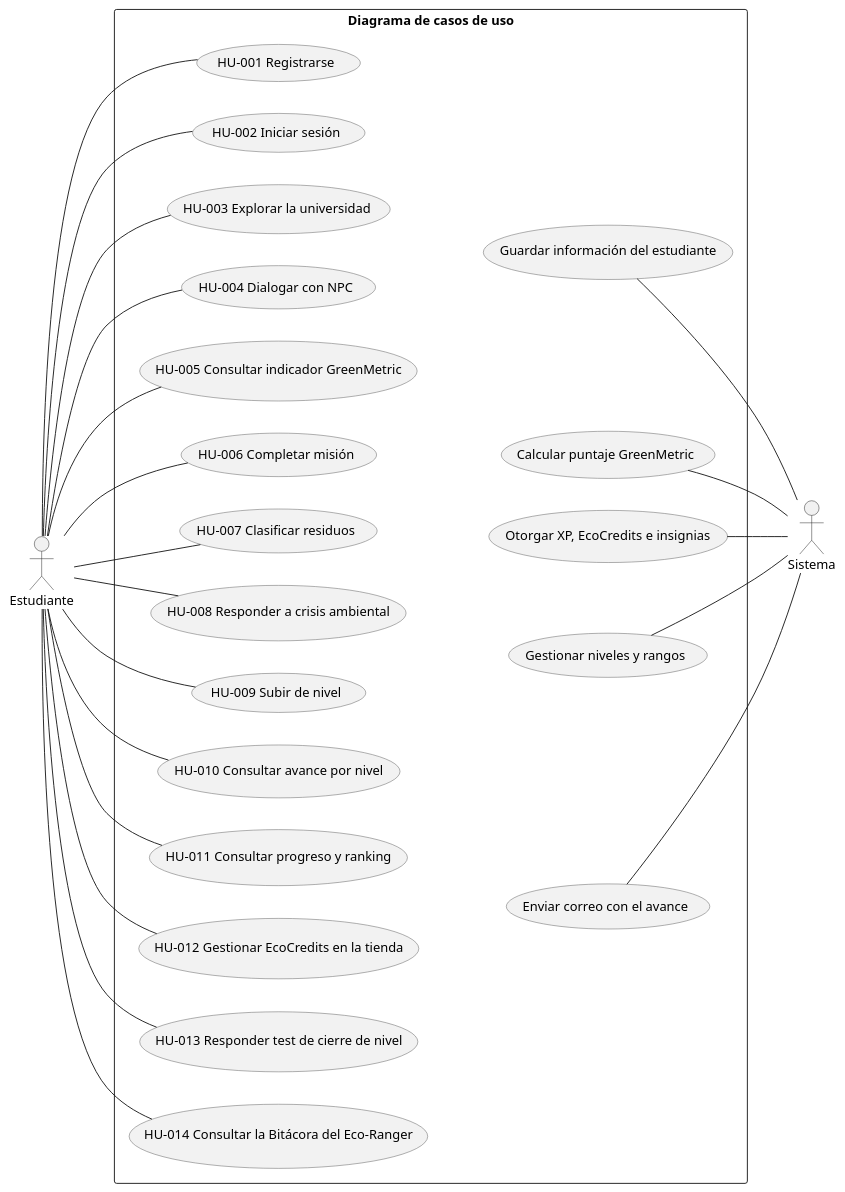
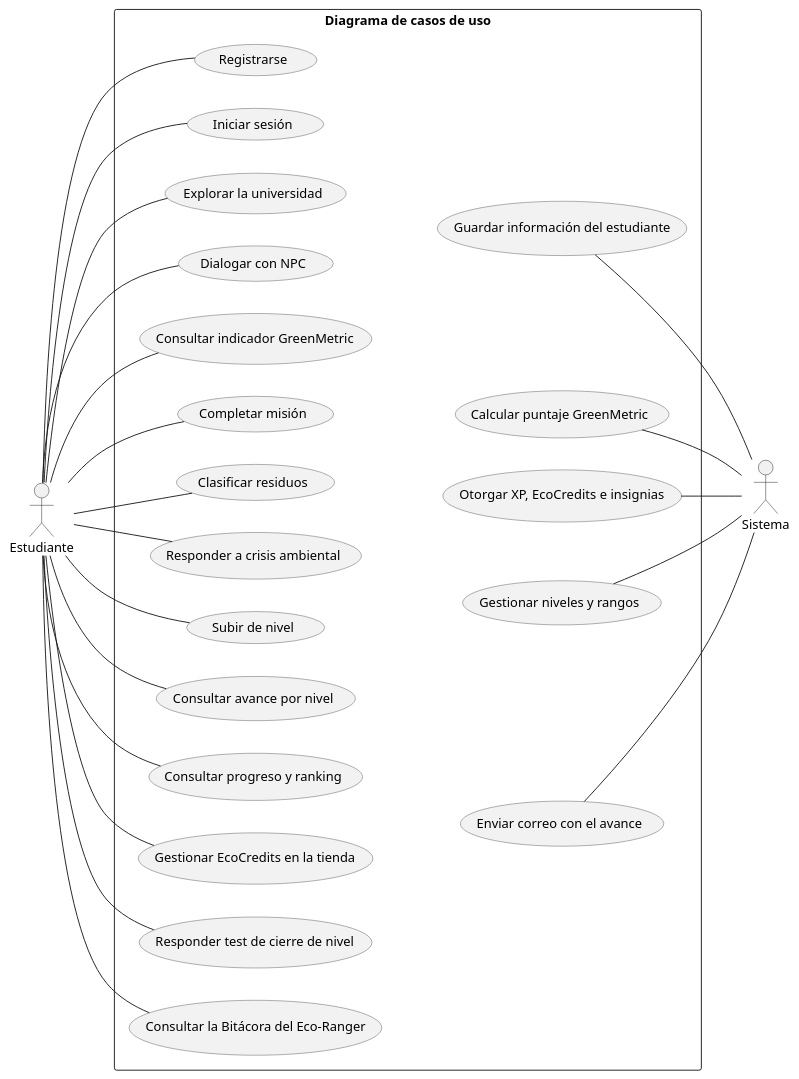
The diagram in docs/diagrama_casos_uso.puml (Ereyes05/green-metric-urbe), drawn with PlantUML before and after one commit. The commit also changed other lines of this file, not shown here.

Commit message:
docs: casos de uso sin el código HU en los óvalos, como la figura original

```diff
--- a/docs/diagrama_casos_uso.puml
+++ b/docs/diagrama_casos_uso.puml
@@ -11,61 +12,61 @@
 @startuml
 left to right direction
 skinparam usecase {
   BackgroundColor #F2F2F2
   BorderColor #555555
 }
 
 actor Estudiante
 actor Sistema
 
 rectangle "Diagrama de casos de uso" {
-  usecase "HU-001 Registrarse" as HU1
-  usecase "HU-002 Iniciar sesión" as HU2
-  usecase "HU-003 Explorar la universidad" as HU3
-  usecase "HU-004 Dialogar con NPC" as HU4
-  usecase "HU-005 Consultar indicador GreenMetric" as HU5
-  usecase "HU-006 Completar misión" as HU6
-  usecase "HU-007 Clasificar residuos" as HU7
-  usecase "HU-008 Responder a crisis ambiental" as HU8
-  usecase "HU-009 Subir de nivel" as HU9
-  usecase "HU-010 Consultar avance por nivel" as HU10
-  usecase "HU-011 Consultar progreso y ranking" as HU11
-  usecase "HU-012 Gestionar EcoCredits en la tienda" as HU12
-  usecase "HU-013 Responder test de cierre de nivel" as HU13
-  usecase "HU-014 Consultar la Bitácora del Eco-Ranger" as HU14
+  usecase "Registrarse" as HU1
+  usecase "Iniciar sesión" as HU2
+  usecase "Explorar la universidad" as HU3
+  usecase "Dialogar con NPC" as HU4
+  usecase "Consultar indicador GreenMetric" as HU5
+  usecase "Completar misión" as HU6
+  usecase "Clasificar residuos" as HU7
+  usecase "Responder a crisis ambiental" as HU8
+  usecase "Subir de nivel" as HU9
+  usecase "Consultar avance por nivel" as HU10
+  usecase "Consultar progreso y ranking" as HU11
+  usecase "Gestionar EcoCredits en la tienda" as HU12
+  usecase "Responder test de cierre de nivel" as HU13
+  usecase "Consultar la Bitácora del Eco-Ranger" as HU14
 
   usecase "Guardar información del estudiante" as S1
   usecase "Calcular puntaje GreenMetric" as S2
   usecase "Otorgar XP, EcoCredits e insignias" as S3
   usecase "Gestionar niveles y rangos" as S4
   usecase "Enviar correo con el avance" as S5
 }
 
 Estudiante -- HU1
 Estudiante -- HU2
 Estudiante -- HU3
 Estudiante -- HU4
 Estudiante -- HU5
 Estudiante -- HU6
 Estudiante -- HU7
 Estudiante -- HU8
 Estudiante -- HU9
 Estudiante -- HU10
 Estudiante -- HU11
 Estudiante -- HU12
 Estudiante -- HU13
 Estudiante -- HU14
 
 ' Columna del sistema, repartida a lo alto junto a los casos que la usan
 HU2 -[hidden]-> S1
 HU6 -[hidden]-> S2
 HU7 -[hidden]-> S3
 HU9 -[hidden]-> S4
 HU13 -[hidden]-> S5
 
 S1 -- Sistema
 S2 -- Sistema
 S3 -- Sistema
 S4 -- Sistema
 S5 -- Sistema
 @enduml
```
